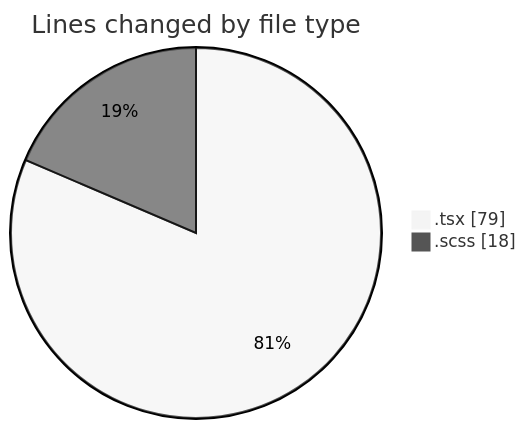
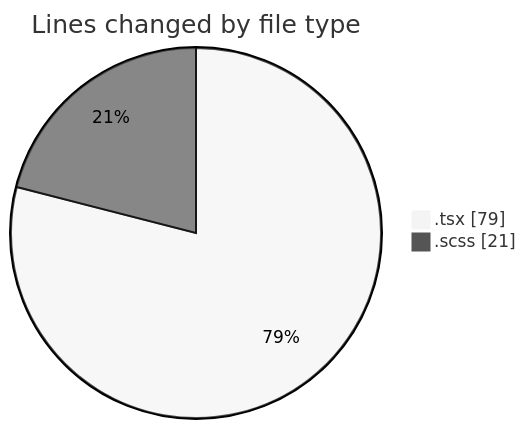
The first of 2 diagrams in 2026-04-16/cda/README.md (momahboobian/code-tracking), drawn with Mermaid (neutral theme) before and after one commit. The commit also changed other lines of this file and 1 other file, not shown here.

````diff
--- a/2026-04-16/cda/README.md
+++ b/2026-04-16/cda/README.md
@@ -22,6 +22,6 @@
 ```mermaid
 pie showData
 title Lines changed by file type
 ".tsx" : 79
-".scss" : 18
+".scss" : 21
 ```
````
